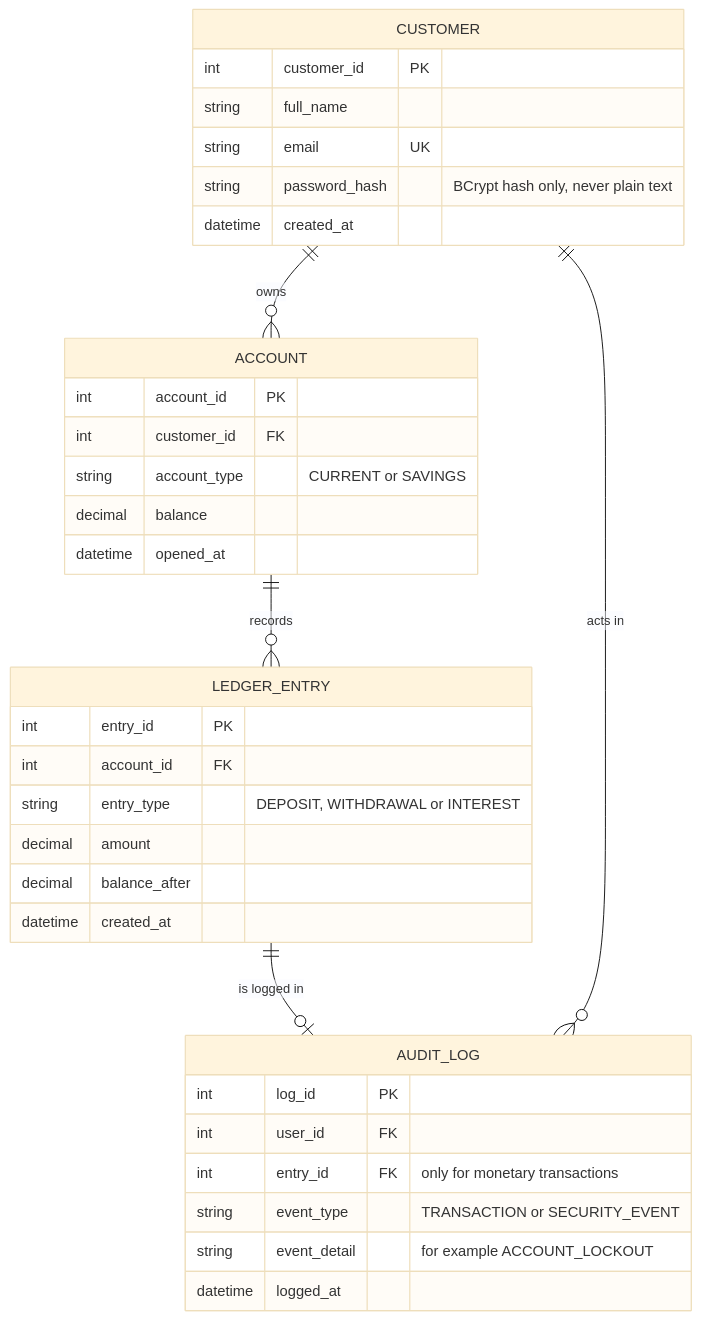
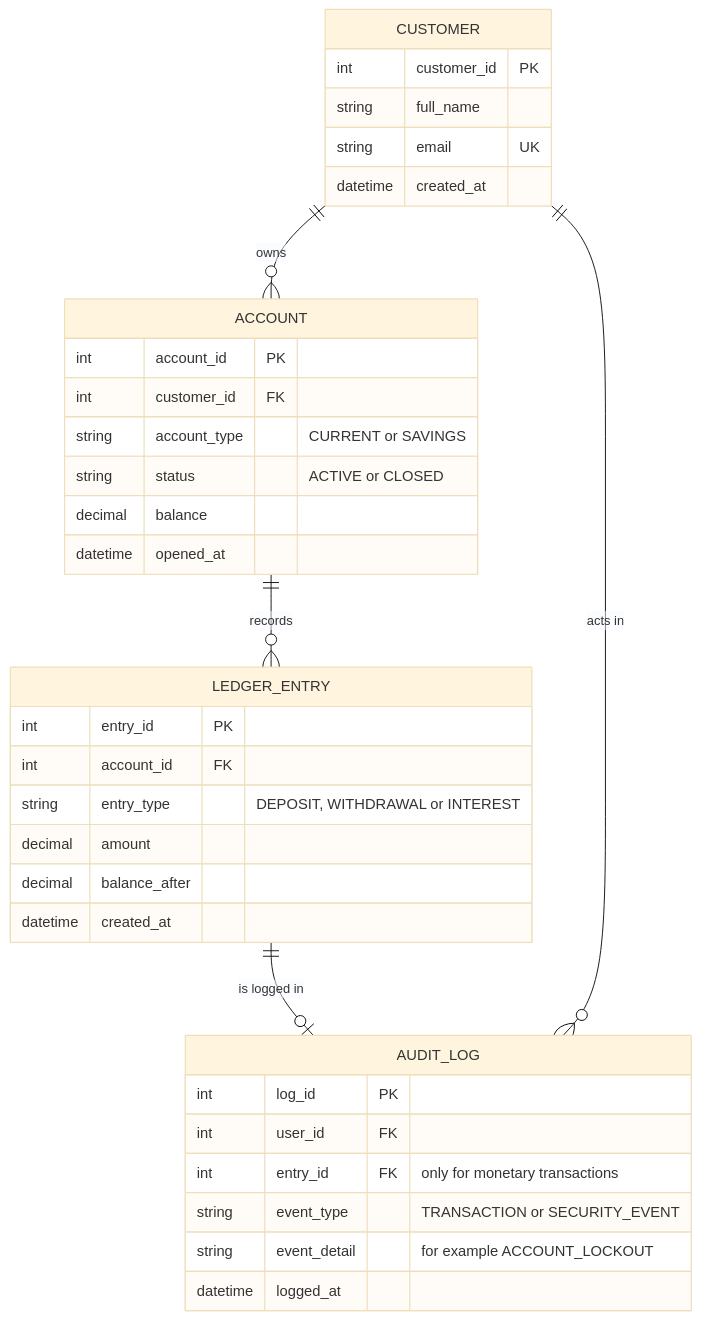
The diagram in docs/database/schema.md (DeltaTIUS/scmp401-2026-team-delta), drawn with Mermaid (base theme) before and after one commit. The commit also changed other lines of this file, not shown here.

Commit message:
docs(db): remove password_hash and add account status column.md

````diff
--- a/docs/database/schema.md
+++ b/docs/database/schema.md
@@ -7,38 +7,38 @@
 ```mermaid
 erDiagram
     CUSTOMER ||--o{ ACCOUNT : owns
     ACCOUNT ||--o{ LEDGER_ENTRY : records
     LEDGER_ENTRY ||--o| AUDIT_LOG : "is logged in"
     CUSTOMER ||--o{ AUDIT_LOG : "acts in"
 
     CUSTOMER {
         int customer_id PK
         string full_name
         string email UK
-        string password_hash "BCrypt hash only, never plain text"
         datetime created_at
     }
     ACCOUNT {
         int account_id PK
         int customer_id FK
         string account_type "CURRENT or SAVINGS"
+        string status "ACTIVE or CLOSED"
         decimal balance
         datetime opened_at
     }
     LEDGER_ENTRY {
         int entry_id PK
         int account_id FK
         string entry_type "DEPOSIT, WITHDRAWAL or INTEREST"
         decimal amount
         decimal balance_after
         datetime created_at
     }
     AUDIT_LOG {
         int log_id PK
         int user_id FK
         int entry_id FK "only for monetary transactions"
         string event_type "TRANSACTION or SECURITY_EVENT"
         string event_detail "for example ACCOUNT_LOCKOUT"
         datetime logged_at
     }
 ```
````
